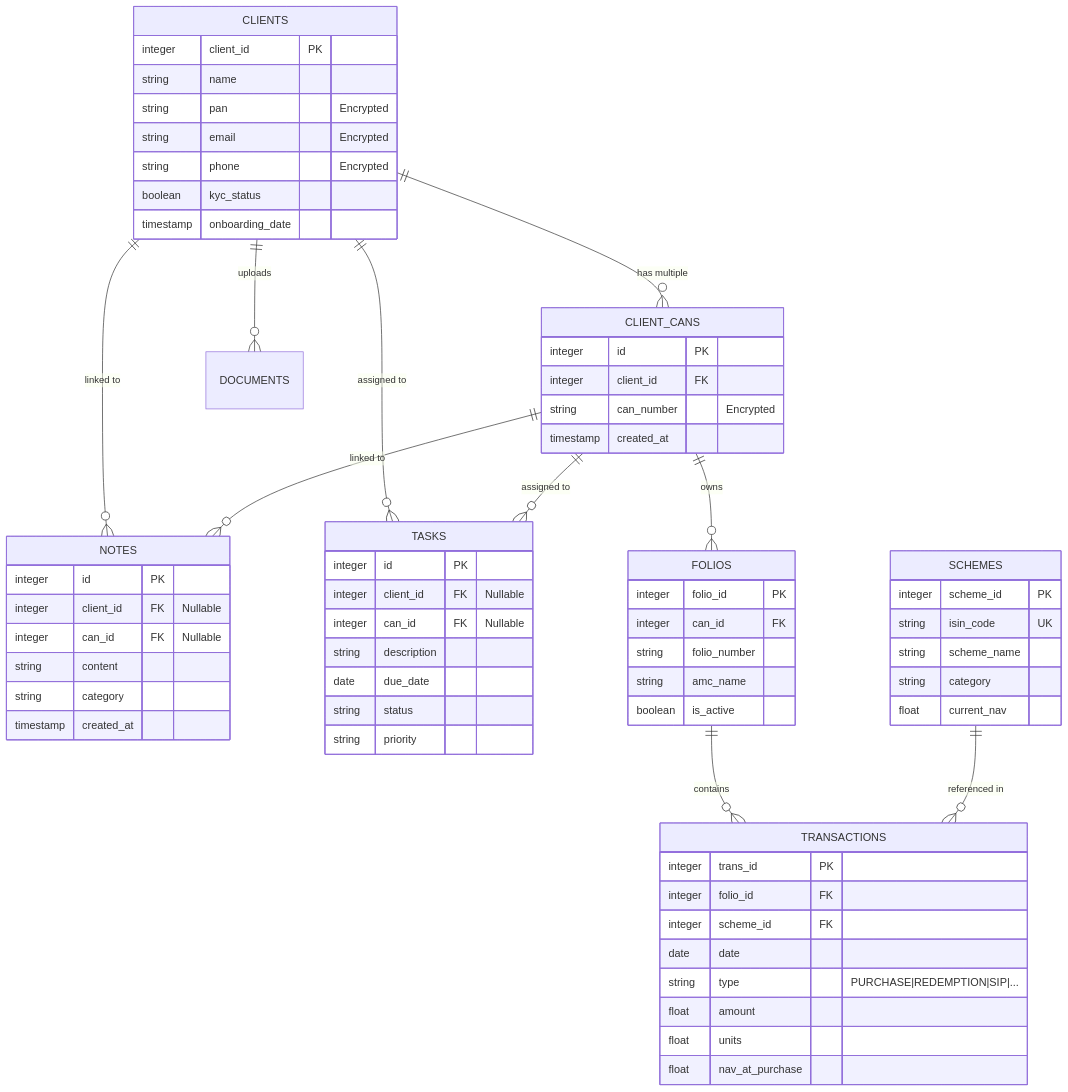
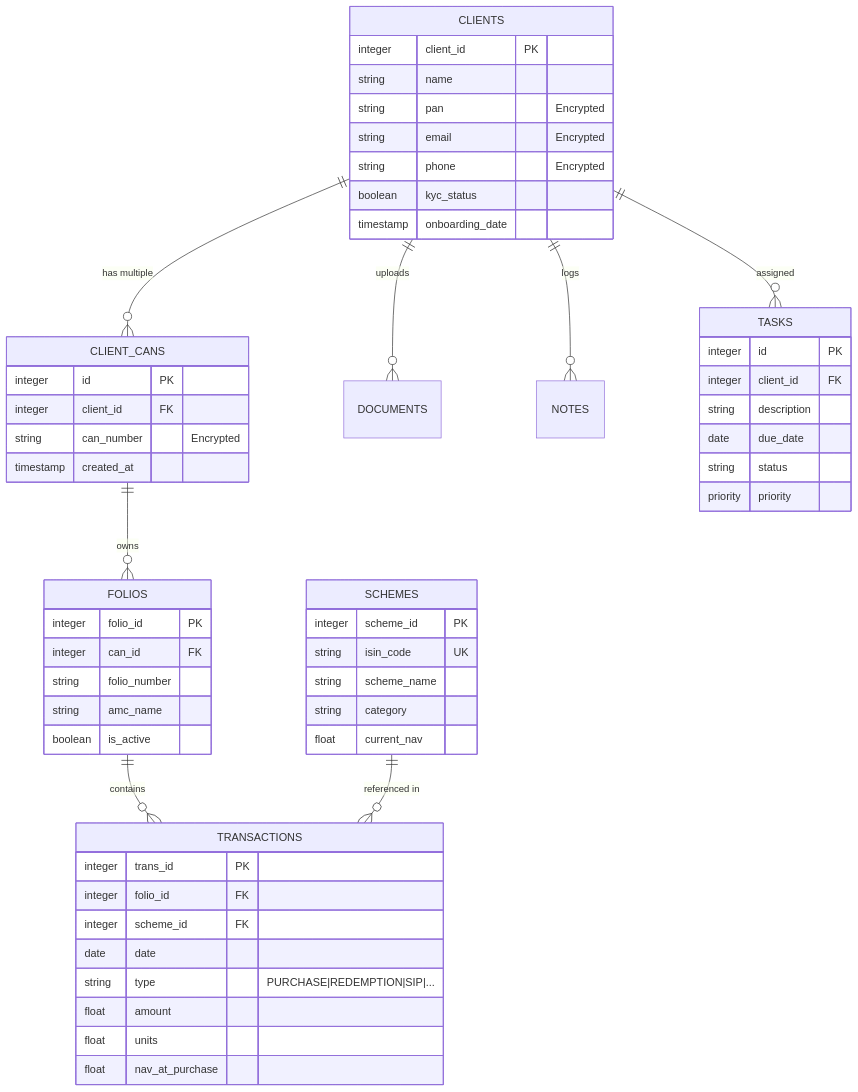
The diagram in DEVELOPER_GUIDE.md (rmaries/Open_MFD_CRM), drawn with Mermaid before and after one commit. The commit also changed other lines of this file and 8 other files, not shown here.

Commit message:
feat: revert notes and tasks linkage to client-only

````diff
--- a/DEVELOPER_GUIDE.md
+++ b/DEVELOPER_GUIDE.md
@@ -89,75 +89,63 @@
 ```mermaid
 erDiagram
     CLIENTS ||--o{ CLIENT_CANS : "has multiple"
     CLIENTS ||--o{ DOCUMENTS : "uploads"
-    CLIENTS ||--o{ NOTES : "linked to"
-    CLIENTS ||--o{ TASKS : "assigned to"
-    CLIENT_CANS ||--o{ NOTES : "linked to"
-    CLIENT_CANS ||--o{ TASKS : "assigned to"
+    CLIENTS ||--o{ NOTES : "logs"
+    CLIENTS ||--o{ TASKS : "assigned"
     CLIENT_CANS ||--o{ FOLIOS : "owns"
     FOLIOS ||--o{ TRANSACTIONS : "contains"
     SCHEMES ||--o{ TRANSACTIONS : "referenced in"
 
     CLIENTS {
         integer client_id PK
         string name
         string pan "Encrypted"
         string email "Encrypted"
         string phone "Encrypted"
         boolean kyc_status
         timestamp onboarding_date
     }
 
     CLIENT_CANS {
         integer id PK
         integer client_id FK
         string can_number "Encrypted"
         timestamp created_at
     }
 
     FOLIOS {
         integer folio_id PK
         integer can_id FK
         string folio_number
         string amc_name
         boolean is_active
     }
 
     TRANSACTIONS {
         integer trans_id PK
         integer folio_id FK
         integer scheme_id FK
         date date
         string type "PURCHASE|REDEMPTION|SIP|..."
         float amount
         float units
         float nav_at_purchase
     }
 
     SCHEMES {
         integer scheme_id PK
         string isin_code UK
         string scheme_name
         string category
         float current_nav
     }
 
-    NOTES {
-        integer id PK
-        integer client_id FK "Nullable"
-        integer can_id FK "Nullable"
-        string content
-        string category
-        timestamp created_at
-    }
-
     TASKS {
         integer id PK
-        integer client_id FK "Nullable"
-        integer can_id FK "Nullable"
+        integer client_id FK
         string description
         date due_date
         string status
-        string priority
+        priority priority
     }
 ```
````
